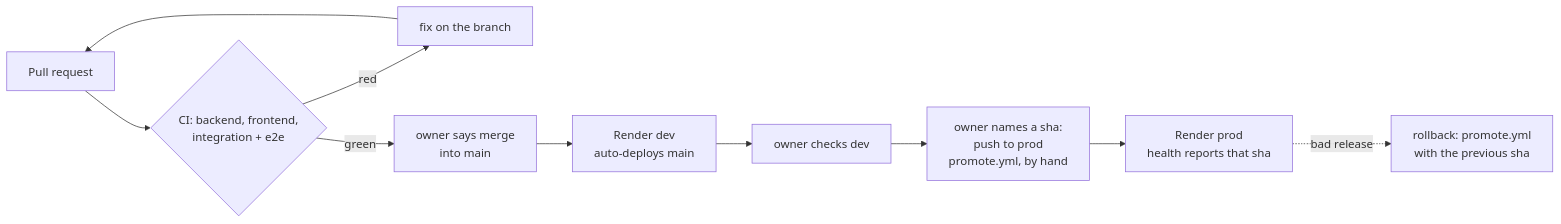
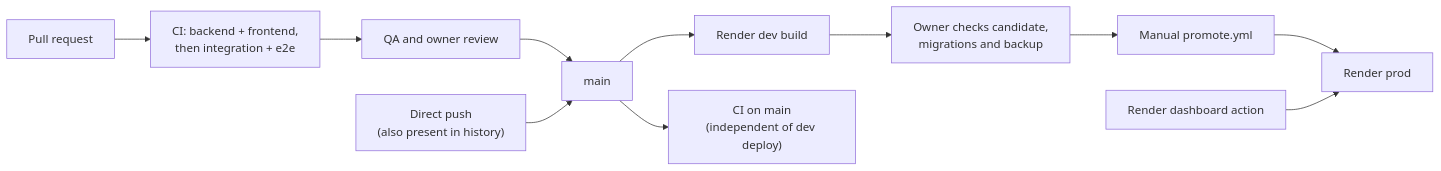
One commit to alexisdacquay/sail-event changed the diagram in docs/release-process.md. Above: the diagram before and after it, drawn with Mermaid. The commit also changed other lines of this file and 80 other files, not shown here.

````diff
--- a/docs/release-process.md
+++ b/docs/release-process.md
@@ -5,11 +5,11 @@
 ```mermaid
 flowchart LR
-    PR["Pull request"] --> CI{"CI: backend, frontend,<br/>integration + e2e"}
-    CI -- red --> FIX["fix on the branch"] --> PR
-    CI -- green --> M["owner says merge<br/>into main"]
-    M --> DEV["Render dev<br/>auto-deploys main"]
-    DEV --> CHECK["owner checks dev"]
-    CHECK --> P["owner names a sha:<br/>push to prod<br/>promote.yml, by hand"]
-    P --> PROD["Render prod<br/>health reports that sha"]
-    PROD -. bad release .-> RB["rollback: promote.yml<br/>with the previous sha"]
+    PR["Pull request"] --> CI["CI: backend + frontend,<br/>then integration + e2e"]
+    CI --> REVIEW["QA and owner review"] --> MAIN["main"]
+    DIRECT["Direct push<br/>(also present in history)"] --> MAIN
+    MAIN --> DEV["Render dev build"]
+    MAIN --> PUSHCI["CI on main<br/>(independent of dev deploy)"]
+    DEV --> CHECK["Owner checks candidate,<br/>migrations and backup"]
+    CHECK --> PROMOTE["Manual promote.yml"] --> PROD["Render prod"]
+    DASH["Render dashboard action"] --> PROD
 ```
````
